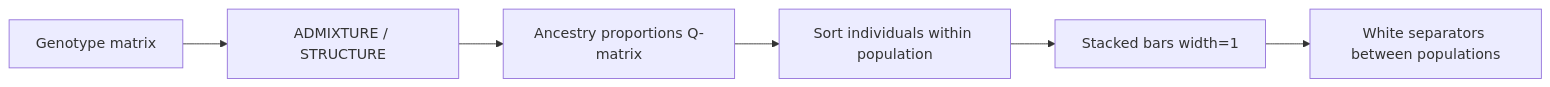
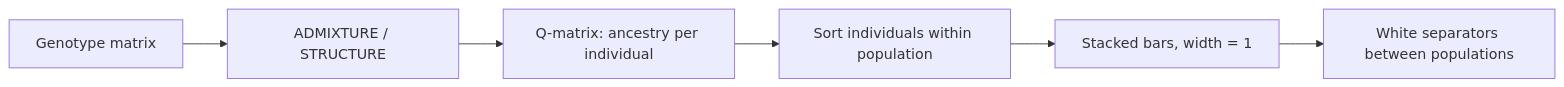
The third of 9 diagrams in slides/slides.qmd (loukesio/dataviz-genomicsdata), drawn with Mermaid before and after one commit. The commit also changed other lines of this file, not shown here.

````diff
--- a/slides/slides.qmd
+++ b/slides/slides.qmd
@@ -213,8 +235,8 @@
 ```{mermaid}
 flowchart LR
     A[Genotype matrix] --> B[ADMIXTURE / STRUCTURE]
-    B --> C[Ancestry proportions Q-matrix]
+    B --> C[Q-matrix: ancestry per individual]
     C --> D[Sort individuals within population]
-    D --> E[Stacked bars width=1]
+    D --> E[Stacked bars, width = 1]
     E --> F[White separators between populations]
 ```
````
